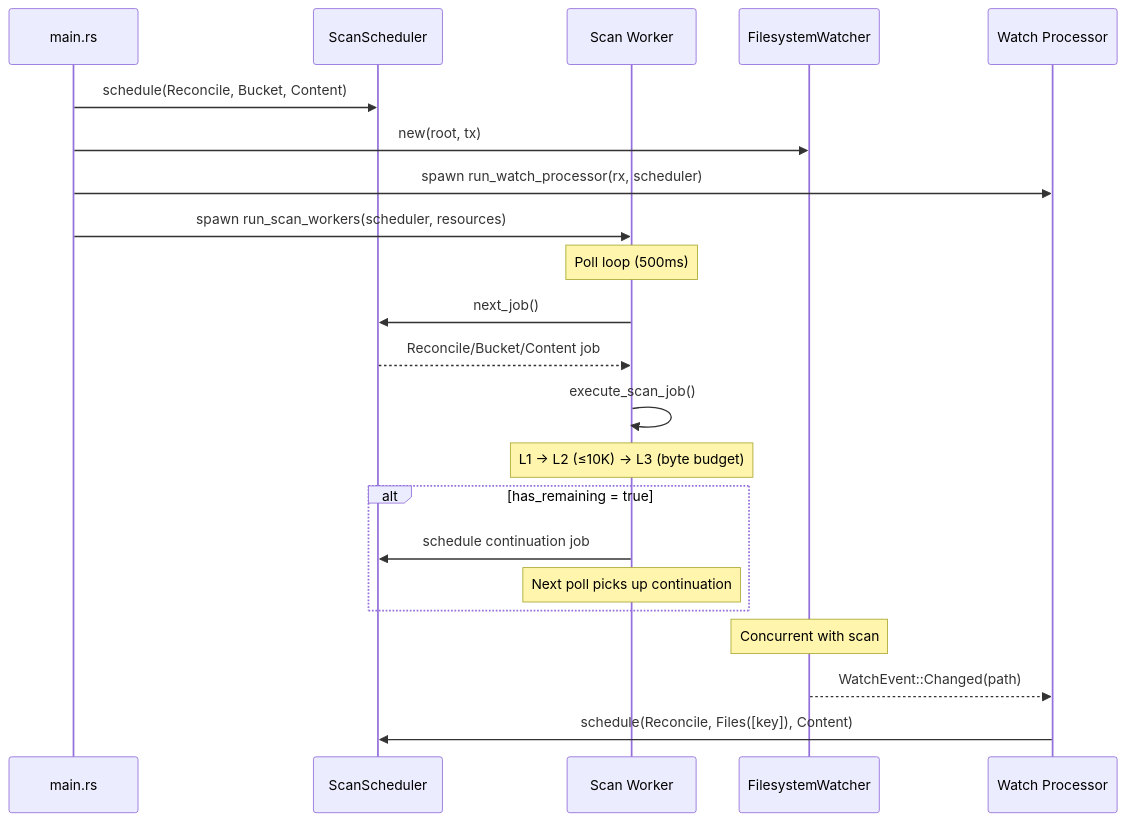
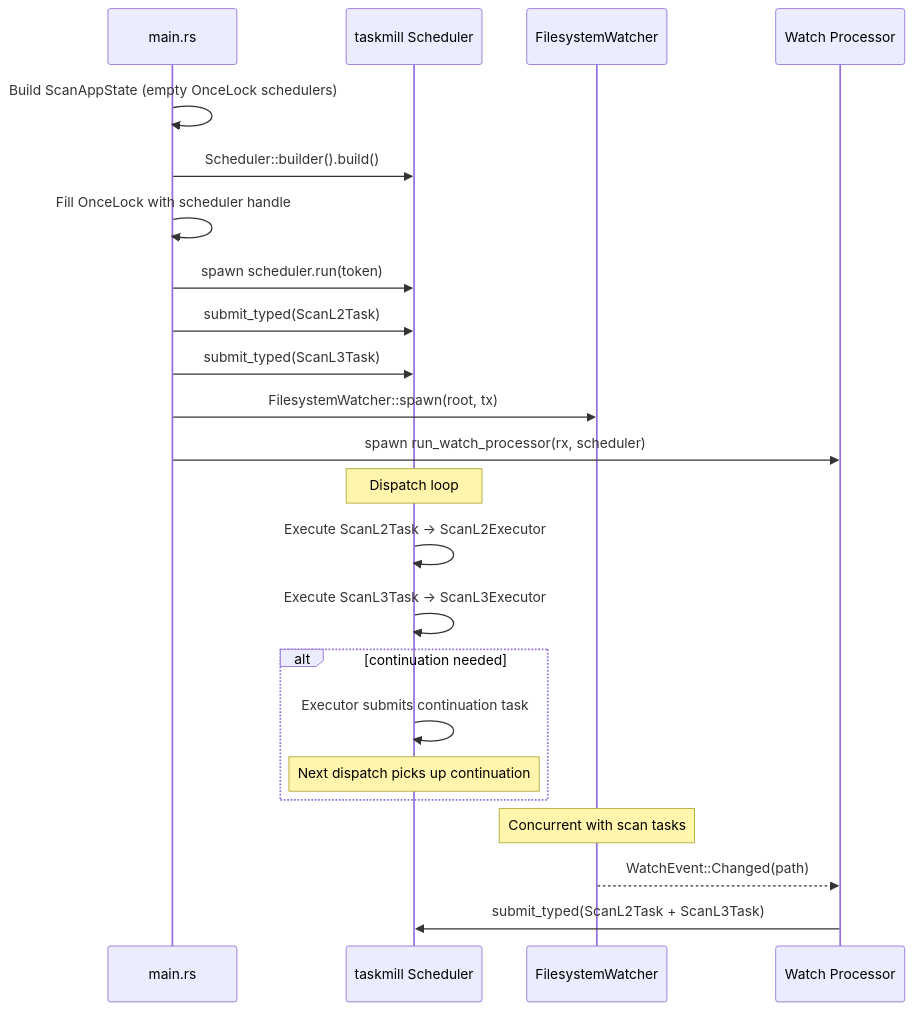
Before and after one commit to deepjoy/shoebox: the seventh of 7 diagrams in docs/architecture/scanner.md, drawn with Mermaid. The commit also changed other lines of this file and 15 other files, not shown here.

First line of the commit message:
refactor(scanner): migrate from custom scheduler to taskmill (#41)

````diff
--- a/docs/architecture/scanner.md
+++ b/docs/architecture/scanner.md
@@ -277,29 +255,31 @@
 ```mermaid
 sequenceDiagram
     participant M as main.rs
-    participant S as ScanScheduler
-    participant W as Scan Worker
+    participant S as taskmill Scheduler
     participant FW as FilesystemWatcher
     participant WP as Watch Processor
 
-    M->>S: schedule(Reconcile, Bucket, Content)
-    M->>FW: new(root, tx)
+    M->>M: Build ScanAppState (empty OnceLock schedulers)
+    M->>S: Scheduler::builder().build()
+    M->>M: Fill OnceLock with scheduler handle
+    M->>S: spawn scheduler.run(token)
+
+    M->>S: submit_typed(ScanL2Task)
+    M->>S: submit_typed(ScanL3Task)
+
+    M->>FW: FilesystemWatcher::spawn(root, tx)
     M->>WP: spawn run_watch_processor(rx, scheduler)
-    M->>W: spawn run_scan_workers(scheduler, resources)
 
-    Note over W: Poll loop (500ms)
-    W->>S: next_job()
-    S-->>W: Reconcile/Bucket/Content job
+    Note over S: Dispatch loop
+    S->>S: Execute ScanL2Task → ScanL2Executor
+    S->>S: Execute ScanL3Task → ScanL3Executor
 
-    W->>W: execute_scan_job()
-    Note over W: L1 → L2 (≤10K) → L3 (byte budget)
-
-    alt has_remaining = true
-        W->>S: schedule continuation job
-        Note over W: Next poll picks up continuation
+    alt continuation needed
+        S->>S: Executor submits continuation task
+        Note over S: Next dispatch picks up continuation
     end
 
-    Note over FW: Concurrent with scan
+    Note over FW: Concurrent with scan tasks
     FW-->>WP: WatchEvent::Changed(path)
-    WP->>S: schedule(Reconcile, Files([key]), Content)
+    WP->>S: submit_typed(ScanL2Task + ScanL3Task)
 ```
````
